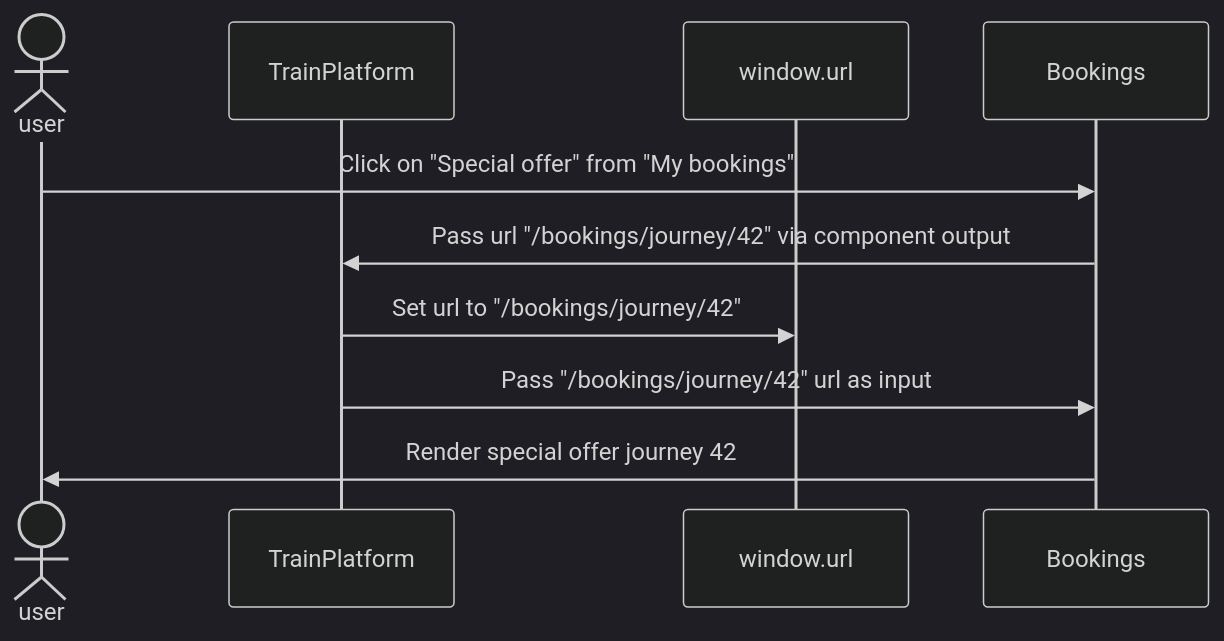
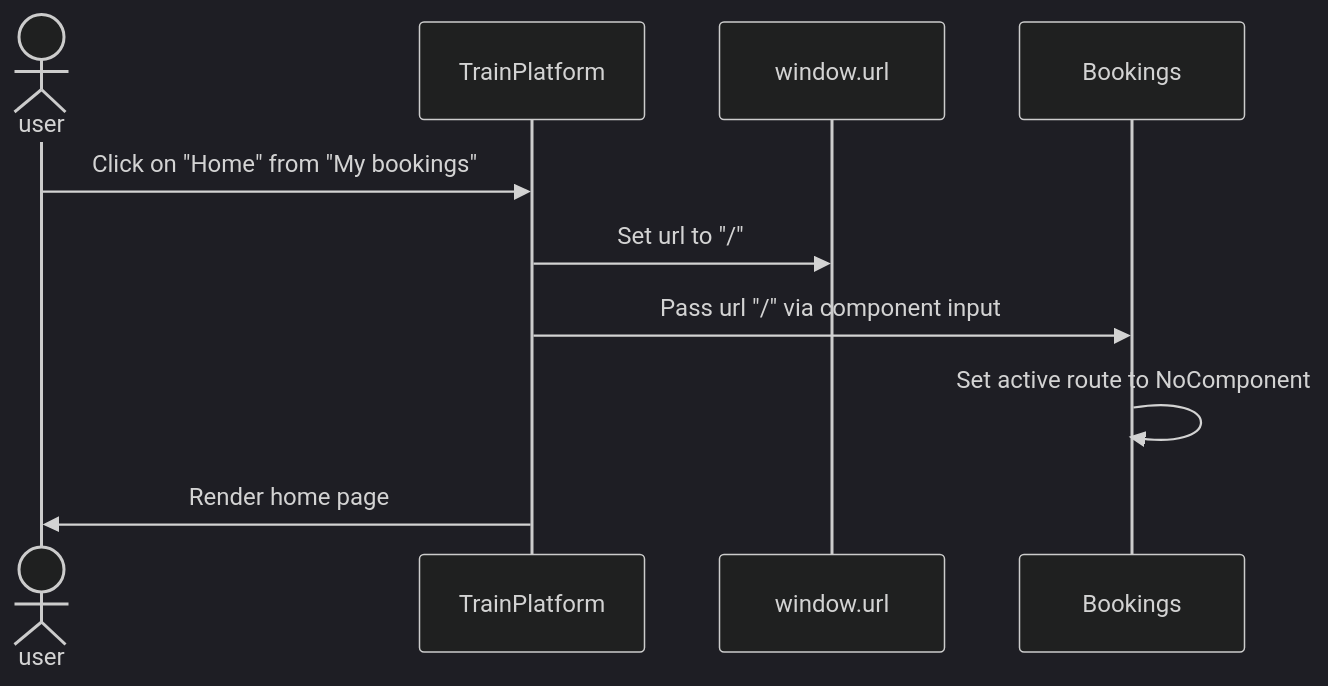
One commit to fboeller/microfrontends-with-angular changed the seventh of 7 diagrams in README.md. Above: the diagram before and after it, drawn with Mermaid (dark theme). The commit also changed other lines of this file, not shown here.

Commit message:
Add diagram for navigating from microfrontend route to shell route

````diff
--- a/README.md
+++ b/README.md
@@ -159,12 +159,12 @@
 ```mermaid
 sequenceDiagram
     actor user
     participant trainPlatform as TrainPlatform
     participant windowUrl as window.url
     participant bookings as Bookings
-    user->>bookings: Click on "Special offer" from "My bookings"
-    bookings->>trainPlatform: Pass url "/bookings/journey/42" via component output 
-    trainPlatform->>windowUrl: Set url to "/bookings/journey/42"
-    trainPlatform->>bookings: Pass "/bookings/journey/42" url as input
-    bookings->>user: Render special offer journey 42
+    user->>trainPlatform: Click on "Home" from "My bookings"
+    trainPlatform->>windowUrl: Set url to "/"
+    trainPlatform->>bookings: Pass url "/" via component input
+    bookings->>bookings: Set active route to NoComponent
+    trainPlatform->>user: Render home page
 ```
````
